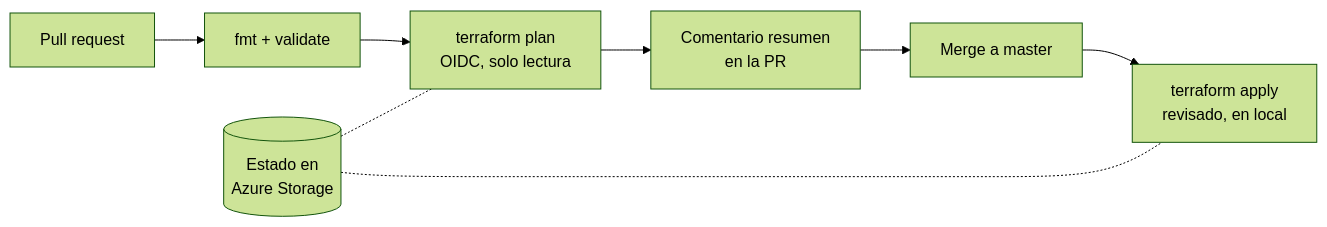
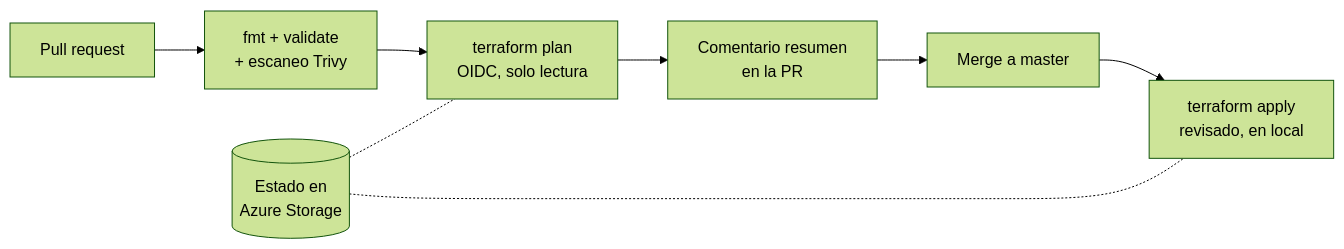
One commit to antonicr1986/FinanceTracker changed the diagram in README.es.md. Above: the diagram before and after it, drawn with Mermaid (forest theme). The commit also changed other lines of this file and 1 other file, not shown here.

````diff
--- a/README.es.md
+++ b/README.es.md
@@ -427,10 +437,10 @@
 ```mermaid
 flowchart LR
-    PR[Pull request] --> CHECK[fmt + validate]
+    PR[Pull request] --> CHECK[fmt + validate<br/>+ escaneo Trivy]
     CHECK --> PLAN[terraform plan<br/>OIDC, solo lectura]
     PLAN --> COMMENT[Comentario resumen<br/>en la PR]
     COMMENT --> MERGE[Merge a master]
     MERGE --> APPLY[terraform apply<br/>revisado, en local]
     STATE[(Estado en<br/>Azure Storage)] -.- PLAN
     STATE -.- APPLY
 ```
````
